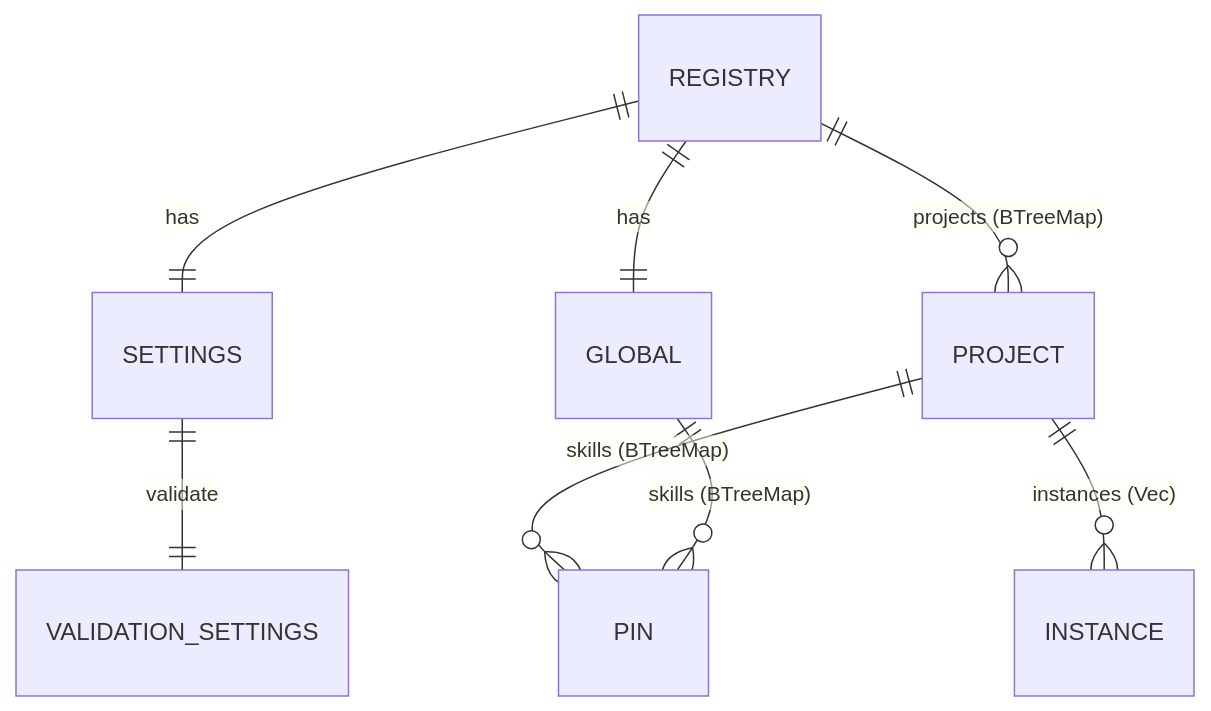
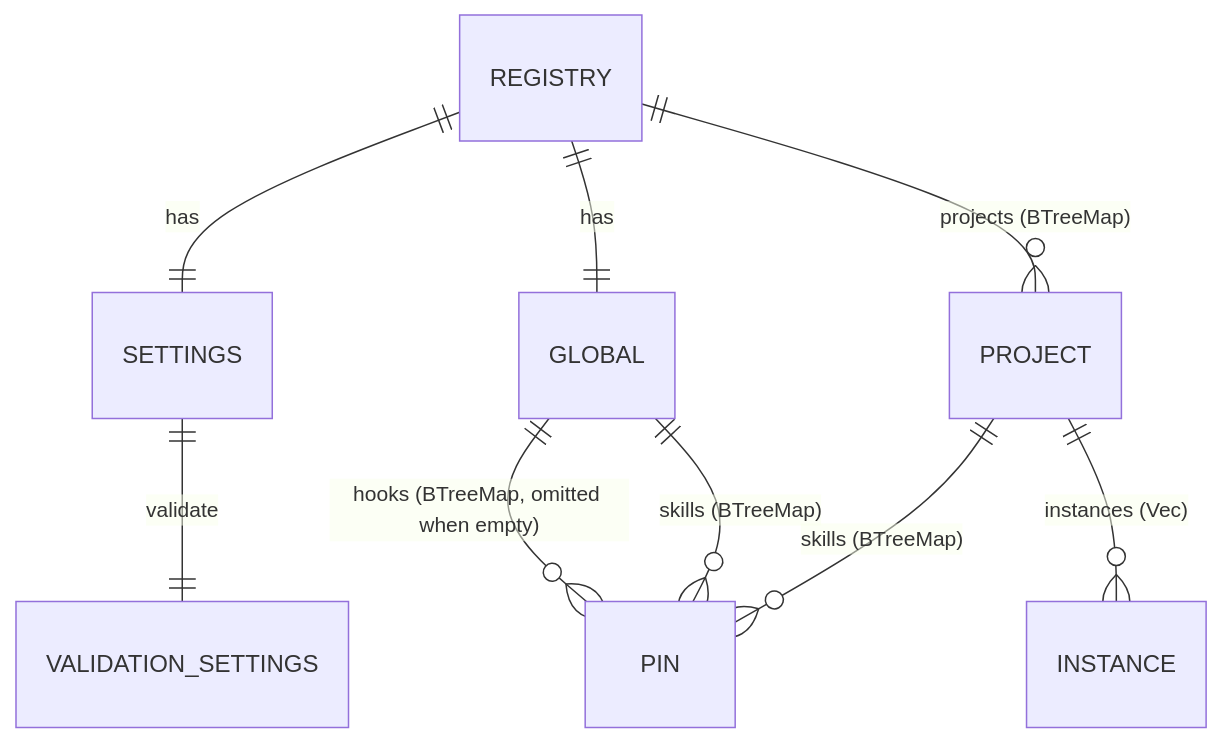
The second of 5 diagrams in wiki/Storage-and-Registry.md (abindran/skillctl), drawn with Mermaid before and after one commit. The commit also changed other lines of this file and 23 other files, not shown here.

````diff
--- a/wiki/Storage-and-Registry.md
+++ b/wiki/Storage-and-Registry.md
@@ -30,10 +30,11 @@
 ```mermaid
 erDiagram
     REGISTRY ||--|| SETTINGS : has
     REGISTRY ||--|| GLOBAL : has
     REGISTRY ||--o{ PROJECT : "projects (BTreeMap)"
     PROJECT ||--o{ INSTANCE : "instances (Vec)"
     PROJECT ||--o{ PIN : "skills (BTreeMap)"
     GLOBAL ||--o{ PIN : "skills (BTreeMap)"
+    GLOBAL ||--o{ PIN : "hooks (BTreeMap, omitted when empty)"
     SETTINGS ||--|| VALIDATION_SETTINGS : validate
 ```
````
